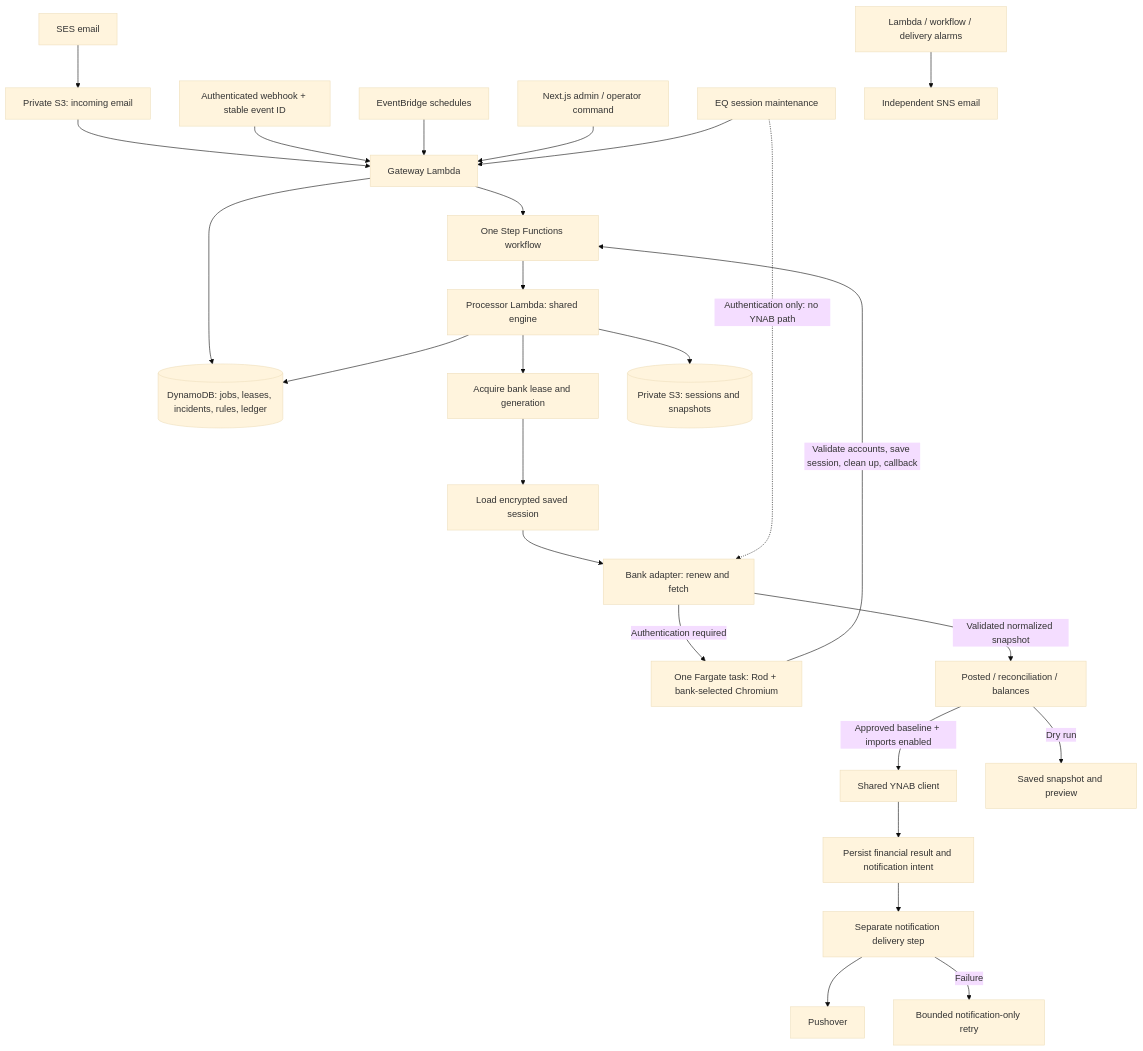
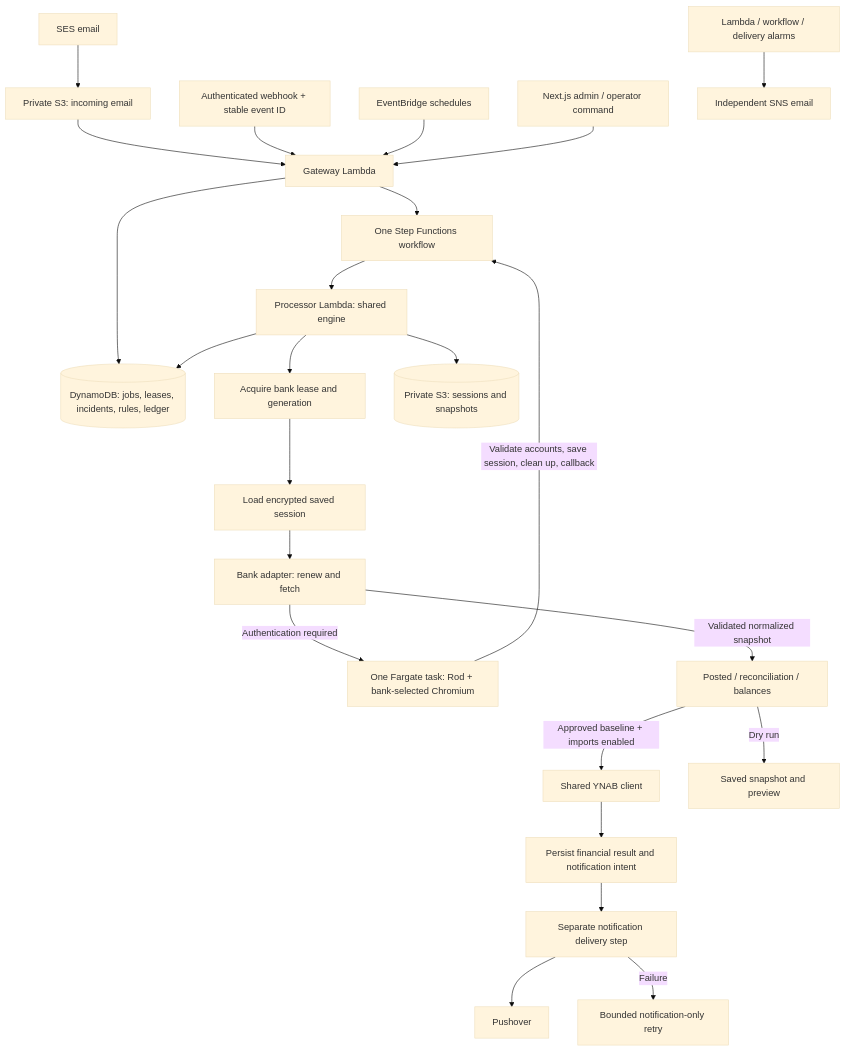
One commit to nathanfredericks/transactions changed the diagram in README.md. Above: the diagram before and after it, drawn with Mermaid (base theme). The commit also changed other lines of this file and 78 other files, not shown here.

````diff
--- a/README.md
+++ b/README.md
@@ -5,28 +5,26 @@
 ```mermaid
 flowchart TD
   Email[SES email] --> S3[Private S3: incoming email]
   S3 --> Gateway[Gateway Lambda]
   Webhook[Authenticated webhook + stable event ID] --> Gateway
   Schedule[EventBridge schedules] --> Gateway
   Admin[Next.js admin / operator command] --> Gateway
   Gateway --> State[(DynamoDB: jobs, leases, incidents, rules, ledger)]
   Gateway --> Workflow[One Step Functions workflow]
   Workflow --> Engine[Processor Lambda: shared engine]
   Engine --> Lease[Acquire bank lease and generation]
   Lease --> Session[Load encrypted saved session]
   Session --> Adapter[Bank adapter: renew and fetch]
   Adapter -->|Authentication required| Browser[One Fargate task: Rod + bank-selected Chromium]
   Browser -->|Validate accounts, save session, clean up, callback| Workflow
   Adapter -->|Validated normalized snapshot| Strategy[Posted / reconciliation / balances]
   Strategy -->|Approved baseline + imports enabled| YNAB[Shared YNAB client]
   Strategy -->|Dry run| Preview[Saved snapshot and preview]
   Engine --> State
   Engine --> Private[(Private S3: sessions and snapshots)]
   YNAB --> Intent[Persist financial result and notification intent]
   Intent --> Delivery[Separate notification delivery step]
   Delivery --> Pushover[Pushover]
   Delivery -->|Failure| Retry[Bounded notification-only retry]
-  Upkeep[EQ session maintenance] --> Gateway
-  Upkeep -.->|Authentication only: no YNAB path| Adapter
   AWS[Lambda / workflow / delivery alarms] --> SNS[Independent SNS email]
 ```
````
